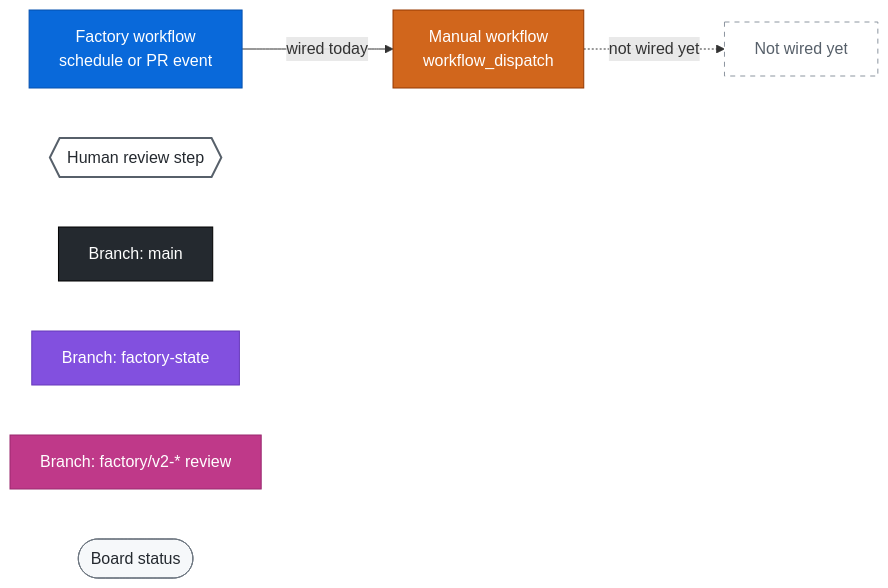
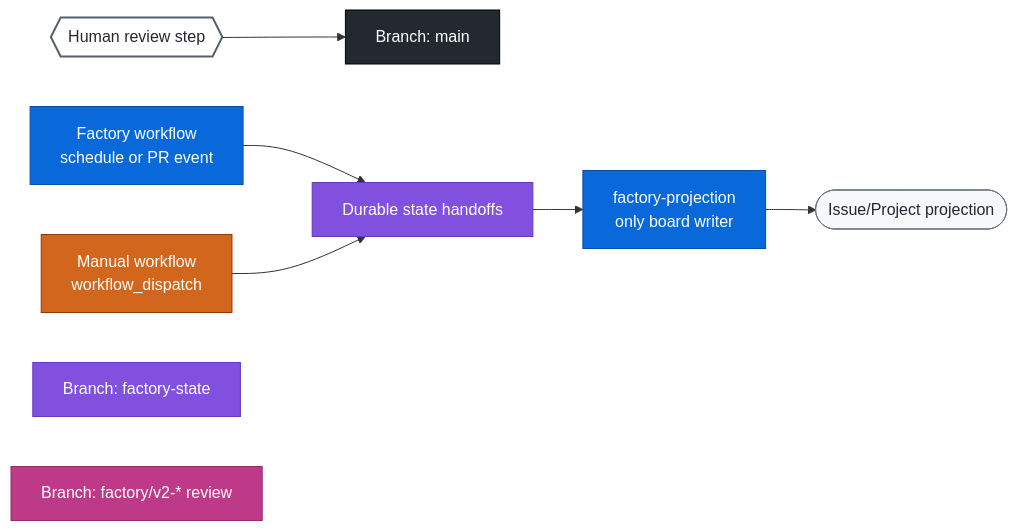
One commit to softwareone-public/avm-intelligence changed the first of 3 diagrams in docs/factory-operations.md. Above: the diagram before and after it, drawn with Mermaid. The commit also changed other lines of this file and 7 other files, not shown here.

````diff
--- a/docs/factory-operations.md
+++ b/docs/factory-operations.md
@@ -94,22 +94,24 @@
 ```mermaid
 flowchart LR
   F["Factory workflow<br/>schedule or PR event"]:::factory
   M["Manual workflow<br/>workflow_dispatch"]:::manual
   H{{"Human review step"}}:::human
   BM["Branch: main"]:::branchmain
   BS["Branch: factory-state"]:::branchstate
   BR["Branch: factory/v2-* review"]:::branchreview
-  S(["Board status"]):::backlog
-  P["Not wired yet"]:::planned
-  F -->|"wired today"| M
-  M -.->|"not wired yet"| P
+  STATE["Durable state handoffs"]:::branchstate
+  PROJ["factory-projection<br/>only board writer"]:::factory
+  BOARD(["Issue/Project projection"]):::backlog
+  F --> STATE
+  M --> STATE
+  STATE --> PROJ --> BOARD
+  H --> BM
 
   classDef factory fill:#0969da,stroke:#0550ae,color:#ffffff
   classDef manual fill:#d1661c,stroke:#953800,color:#ffffff
   classDef human fill:#ffffff,stroke:#57606a,stroke-width:2px,color:#24292f
   classDef branchmain fill:#24292f,stroke:#000000,color:#ffffff
   classDef branchstate fill:#8250df,stroke:#6639ba,color:#ffffff
   classDef branchreview fill:#bf3989,stroke:#99286e,color:#ffffff
   classDef backlog fill:#f6f8fa,stroke:#6e7781,color:#24292f
-  classDef planned fill:#ffffff,stroke:#8c959f,stroke-dasharray:5 5,color:#57606a
 ```
````
